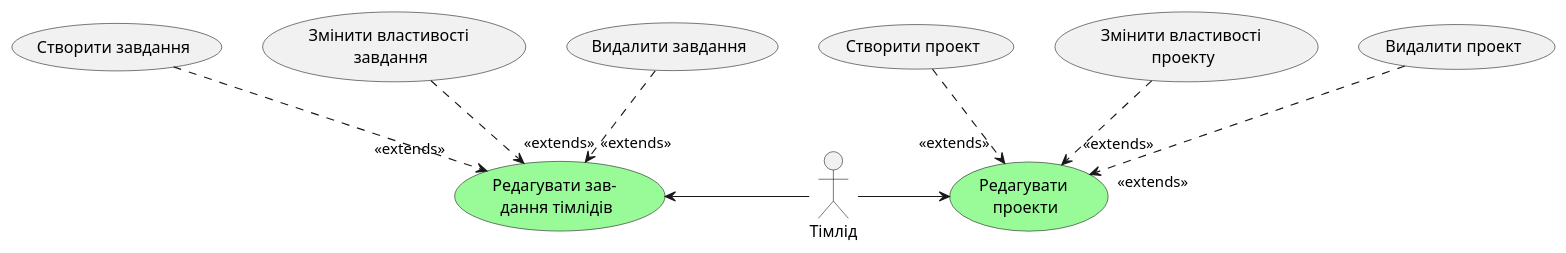
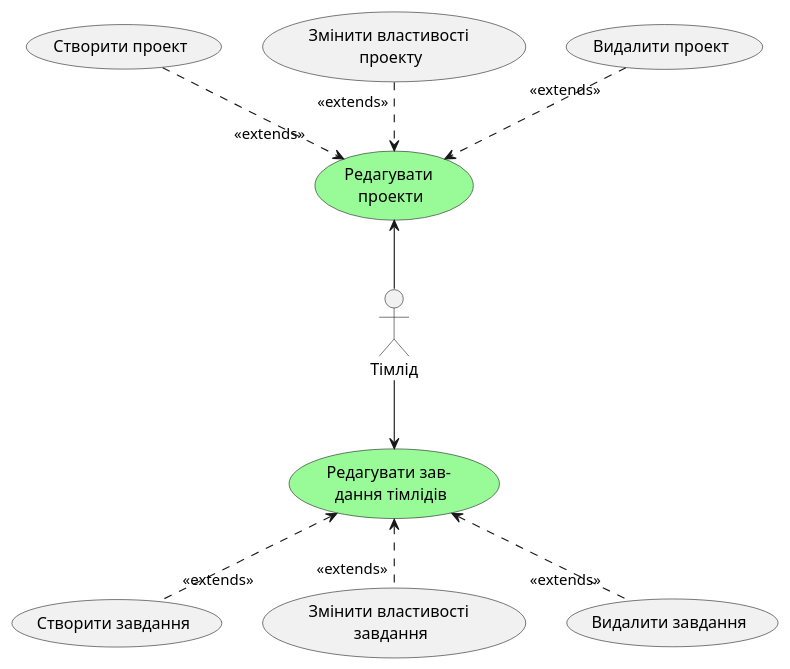
The third of 17 diagrams in docs/use cases/README.md (vtarasiuk/proj-control), drawn with PlantUML before and after one commit. The commit also changed other lines of this file, not shown here.

Commit message:
fix: eliminate 'extends' bug

```diff
--- a/docs/use cases/README.md
+++ b/docs/use cases/README.md
@@ -106,29 +106,29 @@
 @startuml
 
   actor Тімлід
   usecase "Редагувати \nпроекти" as EDPROJ #palegreen
   usecase "Редагувати зав- \nдання тімлідів" as EDTLTASK #palegreen
 
 
-  Тімлід -r-> EDPROJ
+  Тімлід -u-> EDPROJ
   
   usecase "Створити проект" as CRPROJ
   usecase "Змінити властивості \nпроекту" as EDPROJPROP
   usecase "Видалити проект" as DELPROJ
   
   CRPROJ ..>"<<extends>>" EDPROJ
-  EDPROJPROP ..>"<<extends>>" EDPROJ
-  DELPROJ ..>"<<extends>>" EDPROJ
+  EDPROJPROP "<<extends>>"..> EDPROJ
+  DELPROJ "<<extends>>"..> EDPROJ
 
 
-  Тімлід -l-> EDTLTASK
+  Тімлід -d-> EDTLTASK
   
   usecase "Створити завдання" as CRDEVTASK
   usecase "Змінити властивості \nзавдання" as EDDEVTASK
   usecase "Видалити завдання" as DELDEVTASK
 
-  CRDEVTASK ..>"<<extends>>" EDTLTASK
-  EDDEVTASK ..>"<<extends>>" EDTLTASK
-  DELDEVTASK ..>"<<extends>>" EDTLTASK
+  CRDEVTASK "<<extends>>".u.> EDTLTASK
+  EDDEVTASK "<<extends>>".u.> EDTLTASK
+  DELDEVTASK "<<extends>>".u.> EDTLTASK
 
 @enduml
```
